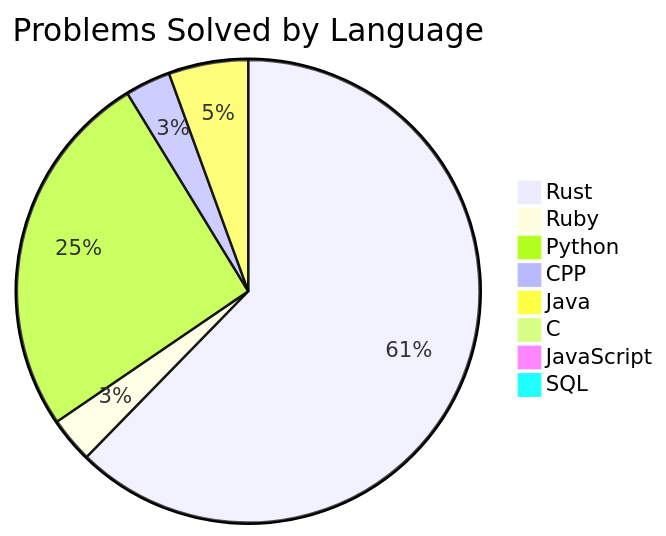
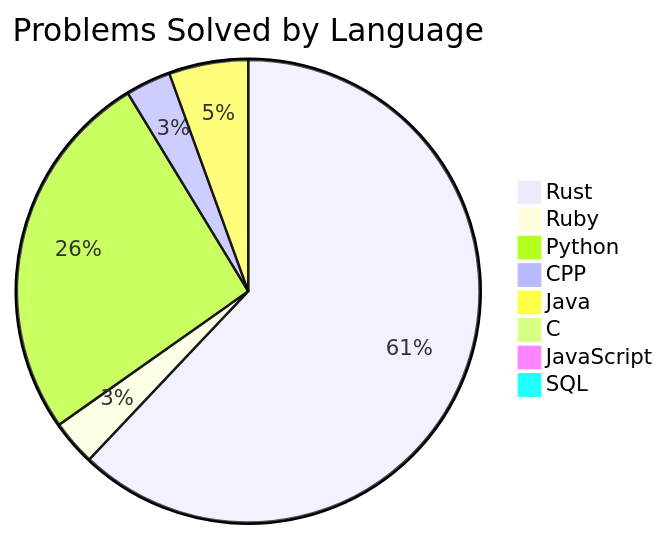
The second of 2 diagrams in README.md (Liam-Wirth/leetcode-solutions), drawn with Mermaid before and after one commit. The commit also changed other lines of this file and 3 other files, not shown here.

````diff
--- a/README.md
+++ b/README.md
@@ -47,11 +47,11 @@
 ```mermaid
 pie title Problems Solved by Language
     "Rust": 157
     "Ruby": 8
-    "Python": 65
+    "Python": 66
     "CPP": 8
     "Java": 14
     "C": 1
     "JavaScript": 2
     "SQL": 2
 ```
````
